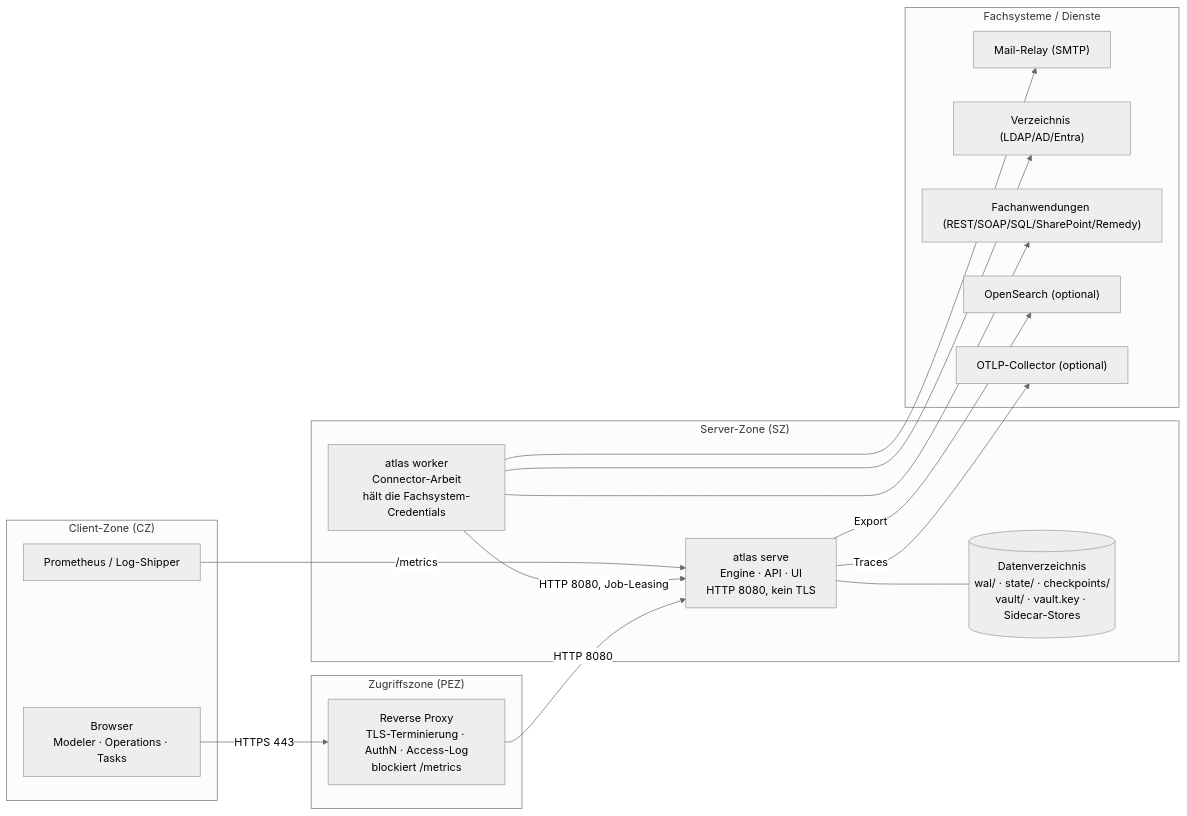
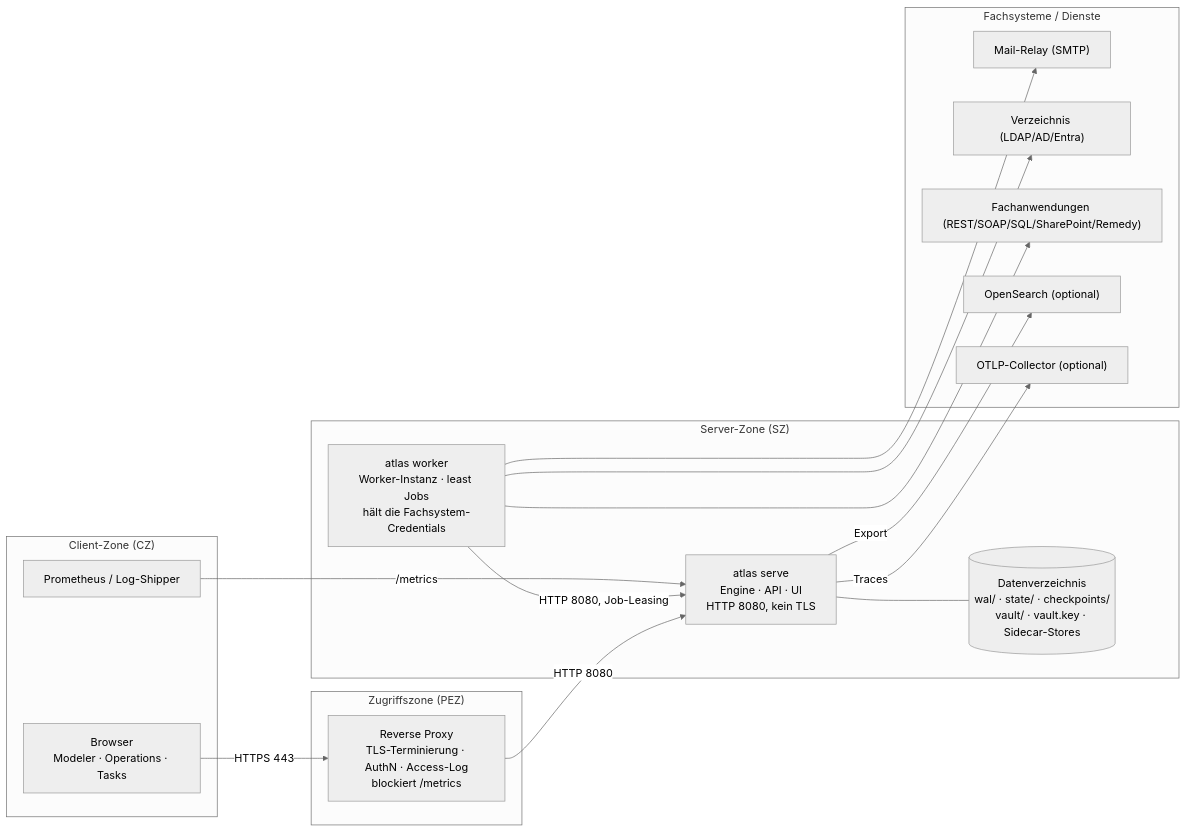
Before and after one commit to pblumer/atlas: the diagram in docs/compliance/isds-konzept.md, drawn with Mermaid (neutral theme). The commit also changed other lines of this file and 19 other files, not shown here.

````diff
--- a/docs/compliance/isds-konzept.md
+++ b/docs/compliance/isds-konzept.md
@@ -486,33 +486,33 @@
 ```mermaid
 flowchart LR
   subgraph CZ["Client-Zone (CZ)"]
     B["Browser<br/>Modeler · Operations · Tasks"]
     P["Prometheus / Log-Shipper"]
   end
   subgraph PEZ["Zugriffszone (PEZ)"]
     RP["Reverse Proxy<br/>TLS-Terminierung · AuthN · Access-Log<br/>blockiert /metrics"]
   end
   subgraph SZ["Server-Zone (SZ)"]
     A["atlas serve<br/>Engine · API · UI<br/>HTTP 8080, kein TLS"]
     D[("Datenverzeichnis<br/>wal/ · state/ · checkpoints/<br/>vault/ · vault.key · Sidecar-Stores")]
-    W["atlas worker<br/>Connector-Arbeit<br/>hält die Fachsystem-Credentials"]
+    W["atlas worker<br/>Worker-Instanz · least Jobs<br/>hält die Fachsystem-Credentials"]
   end
   subgraph EXT["Fachsysteme / Dienste"]
     M["Mail-Relay (SMTP)"]
     L["Verzeichnis (LDAP/AD/Entra)"]
     S["Fachanwendungen (REST/SOAP/SQL/SharePoint/Remedy)"]
     O["OpenSearch (optional)"]
     T["OTLP-Collector (optional)"]
   end
 
   B -->|HTTPS 443| RP
   RP -->|HTTP 8080| A
   A --- D
   W -->|HTTP 8080, Job-Leasing| A
   W --> M
   W --> L
   W --> S
   A -->|Export| O
   A -->|Traces| T
   P -->|/metrics| A
 ```
````
